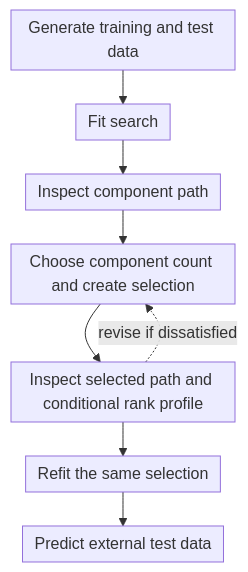
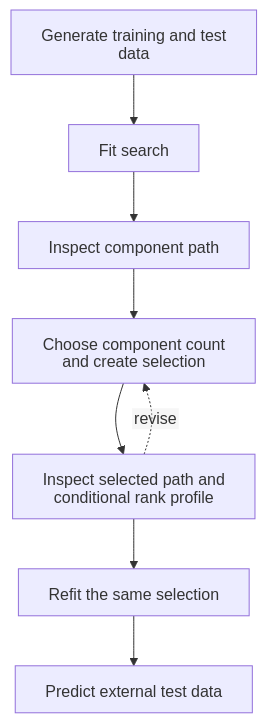
One commit to stefanlindstroem/pipls_private changed the diagram in docs/tutorials/synthetic.md. Above: the diagram before and after it, drawn with Mermaid. The commit also changed 7 other files, not shown here.

````diff
--- a/docs/tutorials/synthetic.md
+++ b/docs/tutorials/synthetic.md
@@ -14,21 +14,17 @@
 ```mermaid
 ---
 config:
-  flowchart:
-    diagramPadding: 4
-    padding: 6
-    nodeSpacing: 28
-    rankSpacing: 34
+  htmlLabels: false
 ---
 flowchart TD
     data["Generate training and test data"]
     search["Fit search"]
     path["Inspect component path"]
     select["Choose component count and create selection"]
     review["Inspect selected path and conditional rank profile"]
     refit["Refit the same selection"]
     predict["Predict external test data"]
 
     data --> search --> path --> select --> review --> refit --> predict
-    review -. revise if dissatisfied .-> select
+    review -. "revise" .-> select
 ```
````
